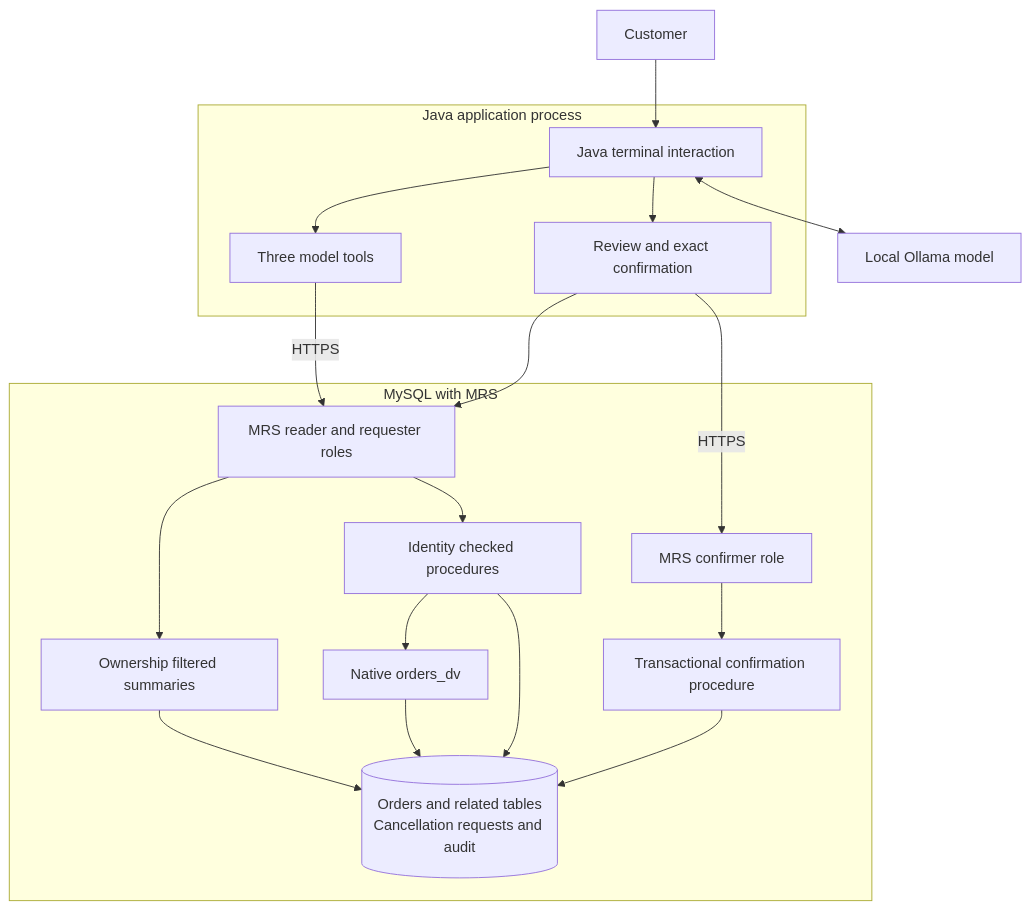
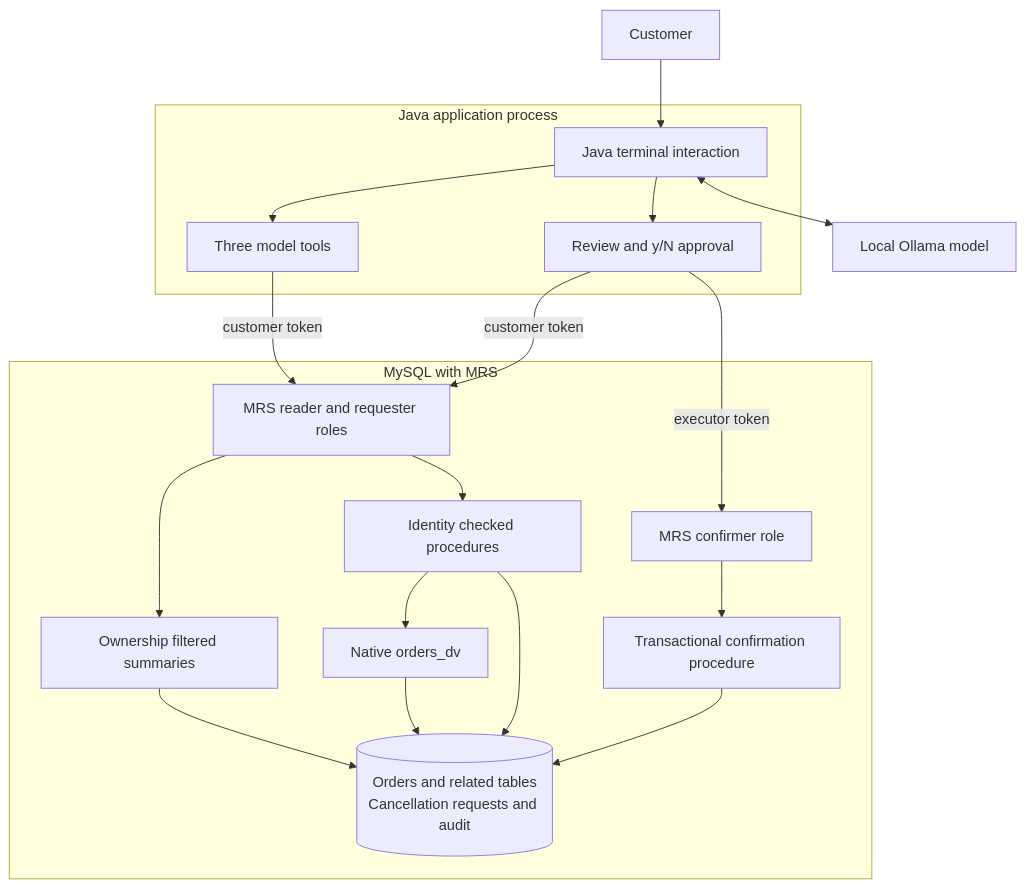
One commit to rokon12/order-duality changed the diagram in docs/mrs-architecture.mmd. Above: the diagram before and after it, drawn with Mermaid. The commit also changed 6 other files, not shown here.

```diff
--- a/docs/mrs-architecture.mmd
+++ b/docs/mrs-architecture.mmd
@@ -1,25 +1,25 @@
 flowchart TB
     U[Customer] --> J[Java terminal interaction]
     J <--> L[Local Ollama model]
     subgraph APP[Java application process]
         J --> T[Three model tools]
-        J --> C[Review and exact confirmation]
+        J --> C[Review and y/N approval]
     end
     subgraph SERVER[MySQL with MRS]
         R[MRS reader and requester roles]
         E[MRS confirmer role]
         S[Ownership filtered summaries]
         P[Identity checked procedures]
         X[Transactional confirmation procedure]
         D[Native orders_dv]
         DB[(Orders and related tables<br/>Cancellation requests and audit)]
         R --> S --> DB
         R --> P
         P --> D --> DB
         P --> DB
         E --> X
         X --> DB
     end
-    T -->|HTTPS| R
-    C --> R
-    C -->|HTTPS| E
+    T -->|customer token| R
+    C -->|customer token| R
+    C -->|executor token| E
```
